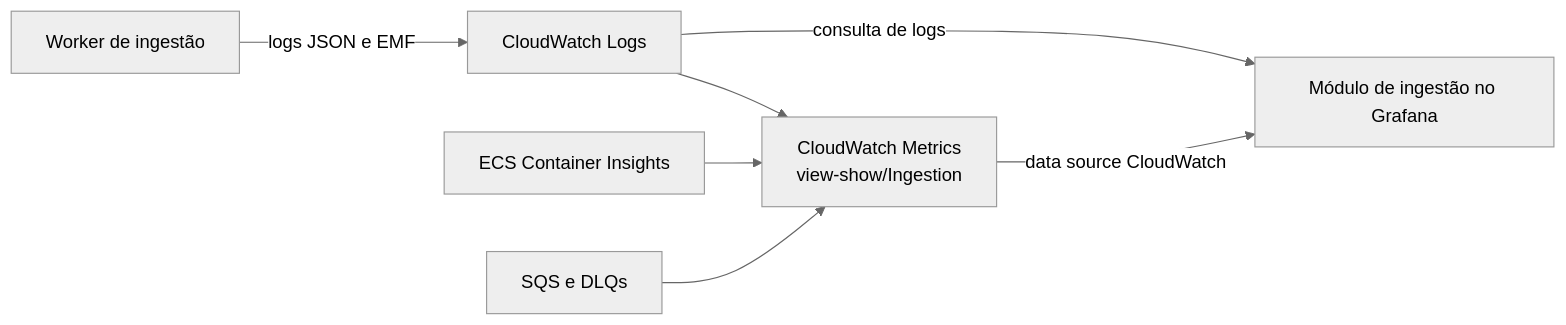
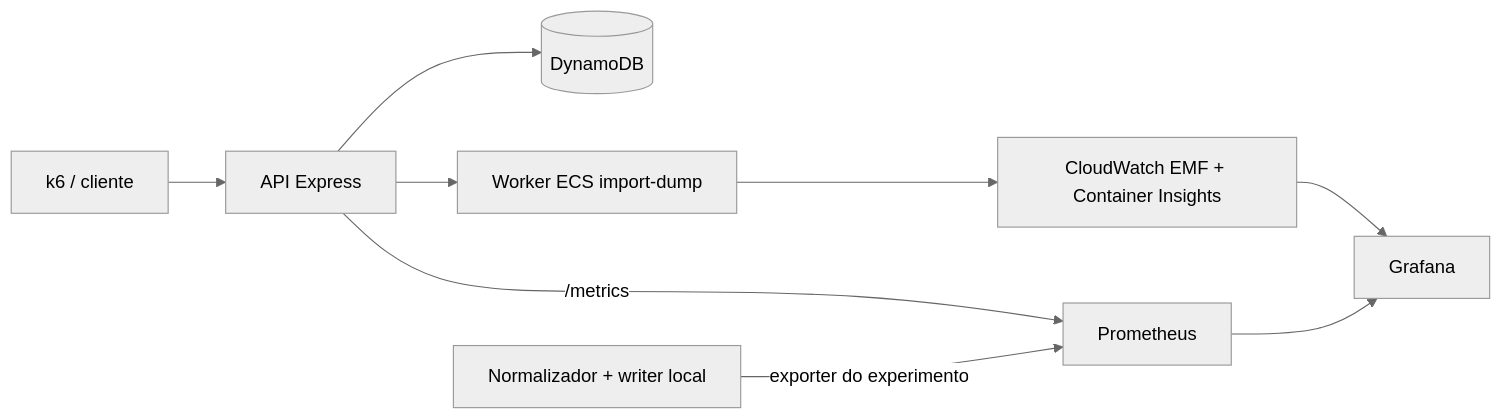
The diagram in artefatos/testes-carga-finais.md (guedesrayssa/viewshow-ai-observability), drawn with Mermaid (neutral theme) before and after one commit. The commit also changed other lines of this file and 372 other files, not shown here.

````diff
--- a/artefatos/testes-carga-finais.md
+++ b/artefatos/testes-carga-finais.md
@@ -49,9 +175,11 @@
 ```mermaid
 flowchart LR
-    W[Worker de ingestão] -->|logs JSON e EMF| L[CloudWatch Logs]
-    L --> M[CloudWatch Metrics<br/>view-show/Ingestion]
-    E[ECS Container Insights] --> M
-    Q[SQS e DLQs] --> M
-    M -->|data source CloudWatch| G[Módulo de ingestão no Grafana]
-    L -->|consulta de logs| G
+  K[k6 / cliente] --> A[API Express]
+  A --> D[(DynamoDB)]
+  A --> W[Worker ECS import-dump]
+  W --> C[CloudWatch EMF + Container Insights]
+  A -->|/metrics| P[Prometheus]
+  L[Normalizador + writer local] -->|exporter do experimento| P
+  C --> G[Grafana]
+  P --> G
 ```
````
